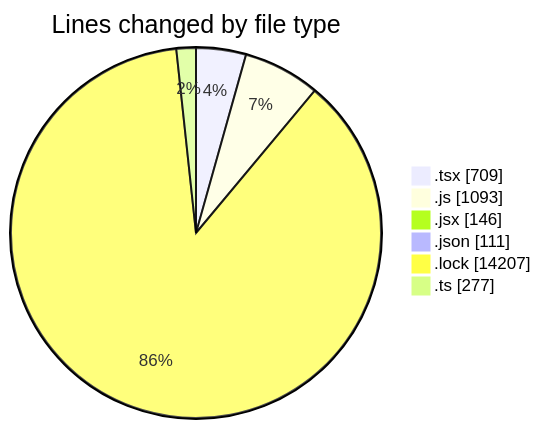
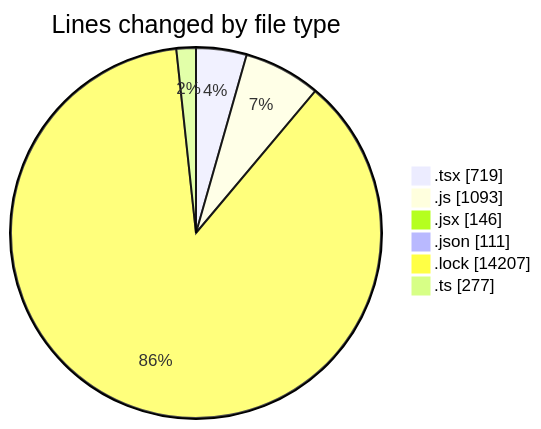
Before and after one commit to momahboobian/code-tracking: the first of 2 diagrams in 2025-05-08/cda/README.md, drawn with Mermaid. The commit also changed other lines of this file and 1 other file, not shown here.

````diff
--- a/2025-05-08/cda/README.md
+++ b/2025-05-08/cda/README.md
@@ -36,10 +36,10 @@
 ```mermaid
 pie showData
 title Lines changed by file type
-".tsx" : 709
+".tsx" : 719
 ".js" : 1093
 ".jsx" : 146
 ".json" : 111
 ".lock" : 14207
 ".ts" : 277
 ```
````
